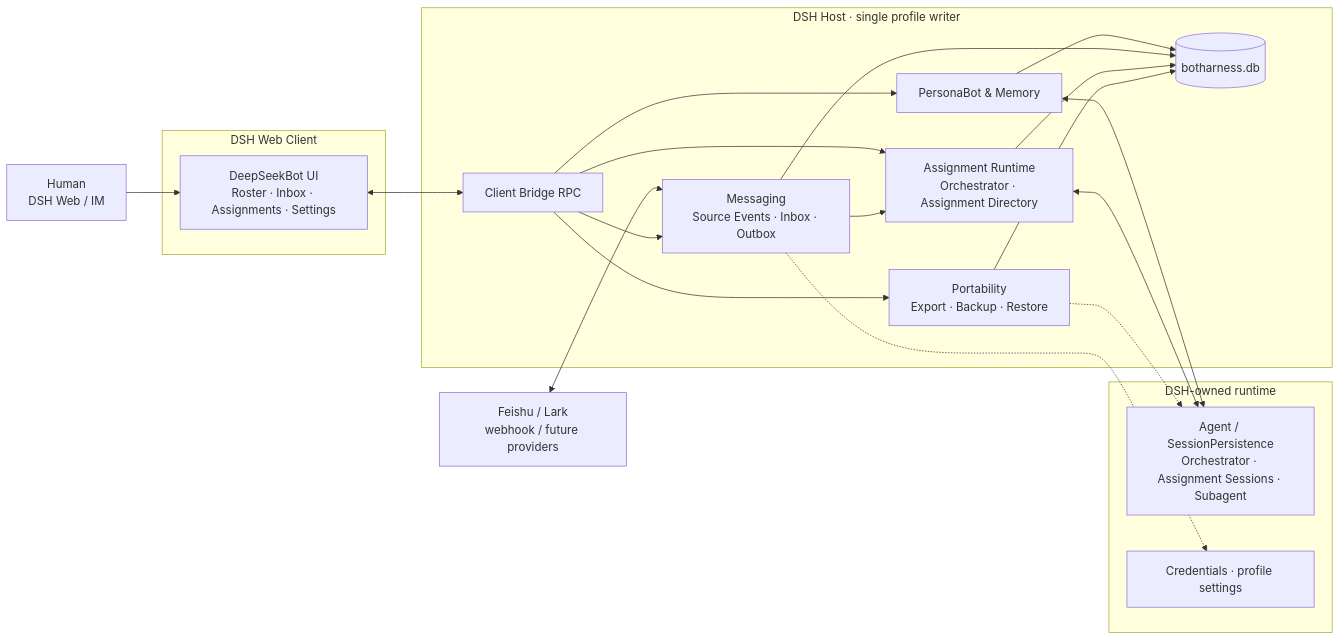
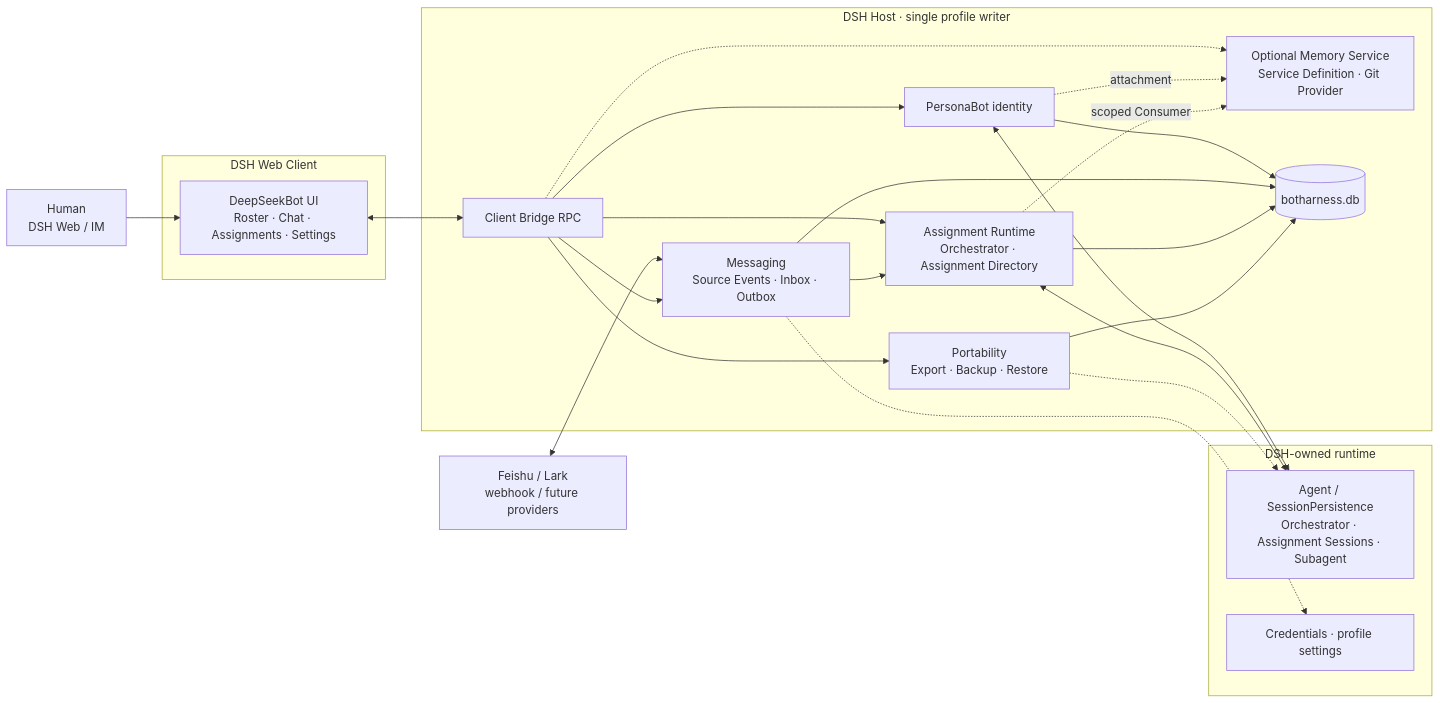
One commit to BotHarness/BotHarness changed the first of 6 diagrams in docs/architecture/botharness-architecture.en.md. Above: the diagram before and after it, drawn with Mermaid. The commit also changed other lines of this file and 33 other files, not shown here.

````diff
--- a/docs/architecture/botharness-architecture.en.md
+++ b/docs/architecture/botharness-architecture.en.md
@@ -17,40 +17,44 @@
 ```mermaid
 flowchart LR
   Human["Human<br/>DSH Web / IM"]
   External["Feishu / Lark<br/>webhook / future providers"]
 
   subgraph Browser["DSH Web Client"]
-    UI["DeepSeekBot UI<br/>Roster · Inbox · Assignments · Settings"]
+    UI["DeepSeekBot UI<br/>Roster · Chat · Assignments · Settings"]
   end
 
   subgraph Host["DSH Host · single profile writer"]
     API["Client Bridge RPC"]
-    Identity["PersonaBot & Memory"]
+    Identity["PersonaBot identity"]
+    Memory["Optional Memory Service<br/>Service Definition · Git Provider"]
     Messaging["Messaging<br/>Source Events · Inbox · Outbox"]
     Assignments["Assignment Runtime<br/>Orchestrator · Assignment Directory"]
     Transfer["Portability<br/>Export · Backup · Restore"]
     DB[("botharness.db")]
   end
 
   subgraph DSH["DSH-owned runtime"]
     Sessions["Agent / SessionPersistence<br/>Orchestrator · Assignment Sessions · Subagent"]
     Credentials["Credentials · profile settings"]
   end
 
   Human --> UI
   External <--> Messaging
   UI <--> API
   API --> Identity
+  API -.-> Memory
   API --> Messaging
   API --> Assignments
   API --> Transfer
   Identity --> DB
+  Identity -. attachment .-> Memory
   Messaging --> DB
   Assignments --> DB
   Transfer --> DB
   Identity <--> Sessions
   Messaging --> Assignments
   Assignments <--> Sessions
+  Assignments -. scoped Consumer .-> Memory
   Messaging -.-> Credentials
   Transfer -.-> Sessions
 ```
````
